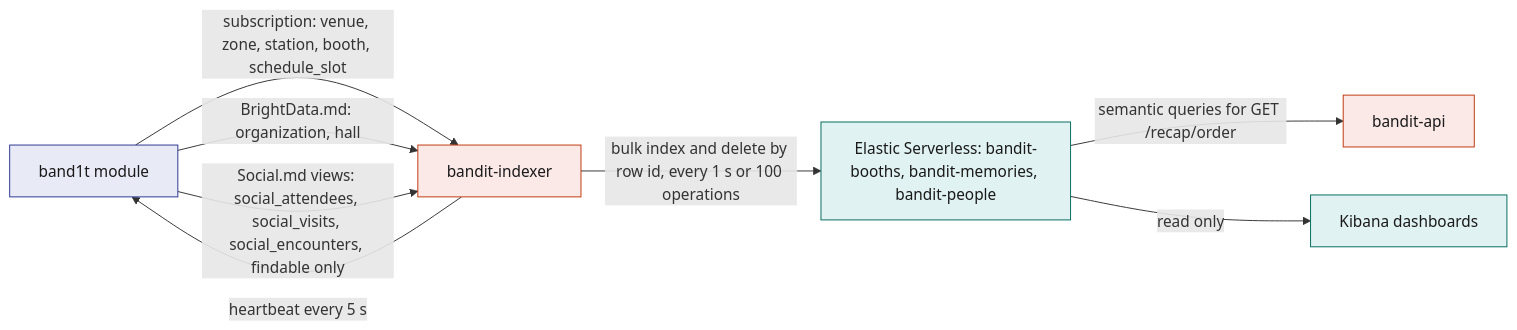
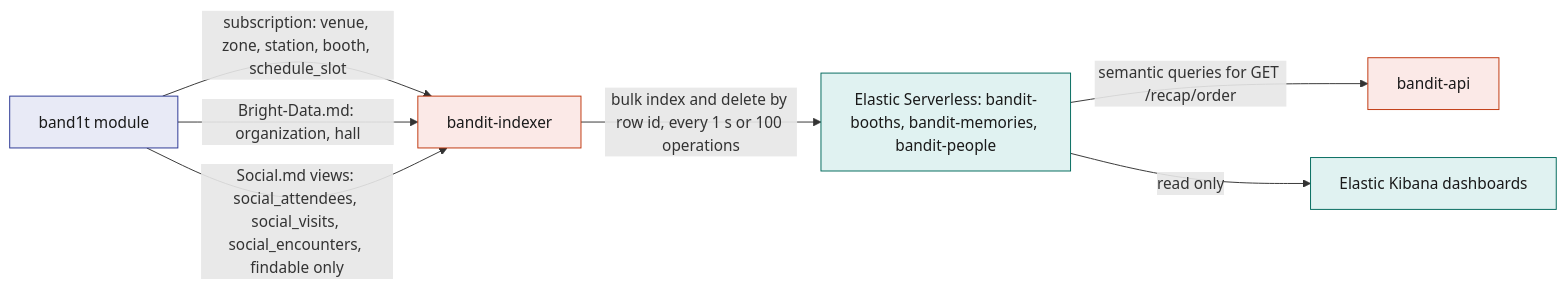
The third of 5 diagrams in System Design/7-integrations/Elastic.md (viktorinkov/cal-hacks-13), drawn with Mermaid before and after one commit. The commit also changed other lines of this file and 26 other files, not shown here.

````diff
--- a/System Design/7-integrations/Elastic.md
+++ b/System Design/7-integrations/Elastic.md
@@ -188,16 +216,15 @@
 ```mermaid
 flowchart LR
   STDB["band1t module"] -->|"subscription: venue, zone, station, booth, schedule_slot"| IDX["bandit-indexer"]
-  STDB -->|"BrightData.md: organization, hall"| IDX
+  STDB -->|"Bright-Data.md: organization, hall"| IDX
   STDB -->|"Social.md views: social_attendees, social_visits, social_encounters, findable only"| IDX
   IDX -->|"bulk index and delete by row id, every 1 s or 100 operations"| ES["Elastic Serverless: bandit-booths, bandit-memories, bandit-people"]
-  IDX -->|"heartbeat every 5 s"| STDB
   ES -->|"semantic queries for GET /recap/order"| API["bandit-api"]
-  ES -->|"read only"| KIB["Kibana dashboards"]
+  ES -->|"read only"| KIB["Elastic Kibana dashboards"]
   classDef rust fill:#FBE9E7,stroke:#BF360C,color:#1A1A1A
   classDef stdb fill:#E8EAF6,stroke:#283593,color:#1A1A1A
   classDef ext fill:#E0F2F1,stroke:#00695C,color:#1A1A1A
   class IDX,API rust
   class STDB stdb
   class ES,KIB ext
 ```
````
